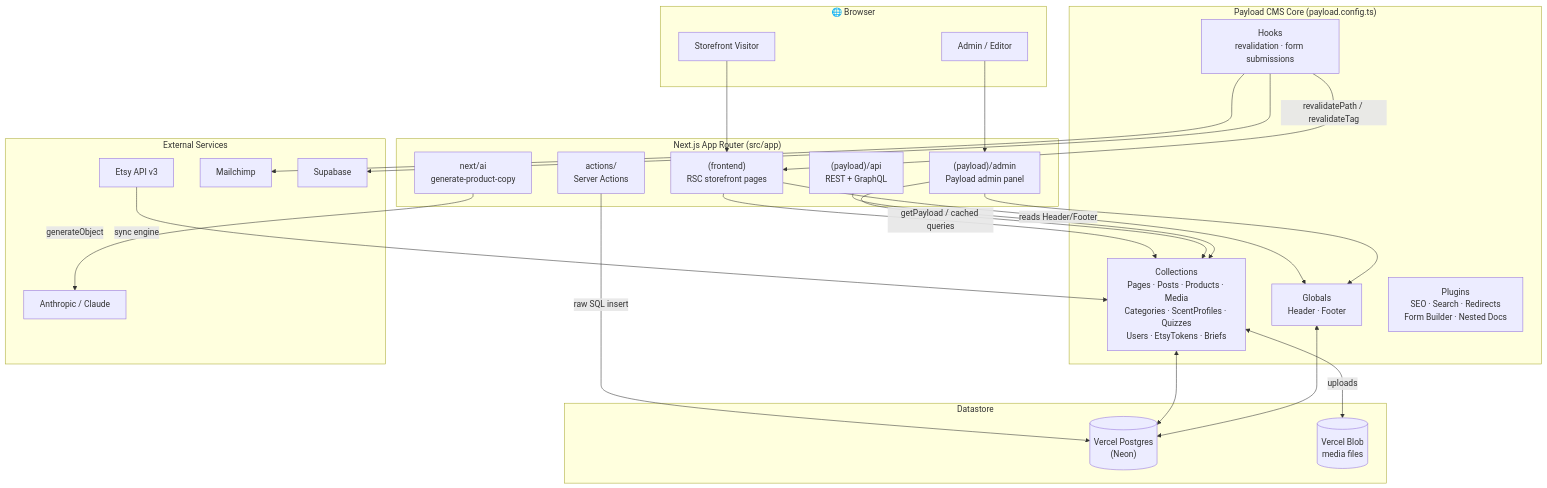
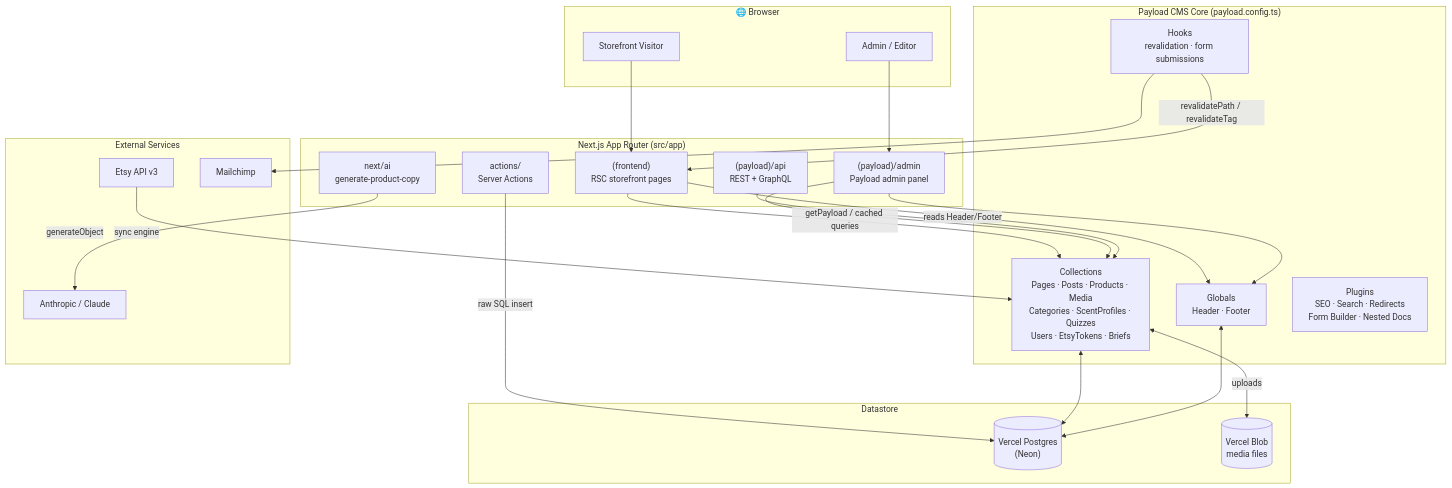
One commit to ohdaveed/candera-payload changed the first of 5 diagrams in docs/ARCHITECTURE.md. Above: the diagram before and after it, drawn with Mermaid. The commit also changed other lines of this file and 9 other files, not shown here.

````diff
--- a/docs/ARCHITECTURE.md
+++ b/docs/ARCHITECTURE.md
@@ -16,54 +16,52 @@
 ```mermaid
 flowchart TB
     subgraph Client["🌐 Browser"]
         Visitor["Storefront Visitor"]
         Editor["Admin / Editor"]
     end
 
     subgraph Next["Next.js App Router (src/app)"]
         Frontend["(frontend)<br/>RSC storefront pages"]
         AdminUI["(payload)/admin<br/>Payload admin panel"]
         API["(payload)/api<br/>REST + GraphQL"]
         Actions["actions/<br/>Server Actions"]
         AIRoute["next/ai<br/>generate-product-copy"]
     end
 
     subgraph Payload["Payload CMS Core (payload.config.ts)"]
         Collections["Collections<br/>Pages · Posts · Products · Media<br/>Categories · ScentProfiles · Quizzes<br/>Users · EtsyTokens · Briefs"]
         Globals["Globals<br/>Header · Footer"]
         Plugins["Plugins<br/>SEO · Search · Redirects<br/>Form Builder · Nested Docs"]
         Hooks["Hooks<br/>revalidation · form submissions"]
     end
 
     subgraph Data["Datastore"]
         PG[("Vercel Postgres<br/>(Neon)")]
         Blob[("Vercel Blob<br/>media files")]
     end
 
     subgraph Ext["External Services"]
         Etsy["Etsy API v3"]
         Anthropic["Anthropic / Claude"]
         Mailchimp["Mailchimp"]
-        Supabase["Supabase"]
     end
 
     Visitor --> Frontend
     Editor --> AdminUI
     Frontend -->|getPayload / cached queries| Collections
     Frontend -->|reads Header/Footer| Globals
     AdminUI --> Collections
     AdminUI --> Globals
     API --> Collections
     Actions -->|raw SQL insert| PG
     AIRoute -->|generateObject| Anthropic
 
     Collections <--> PG
     Collections <-->|uploads| Blob
     Globals <--> PG
 
     Hooks -->|revalidatePath / revalidateTag| Frontend
     Hooks --> Mailchimp
-    Hooks --> Supabase
 
     Etsy -->|sync engine| Collections
 ```
````
